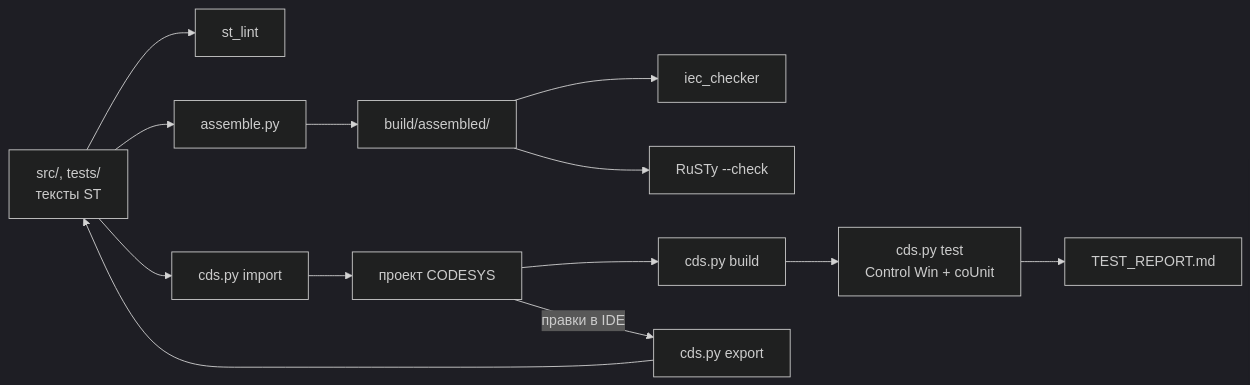
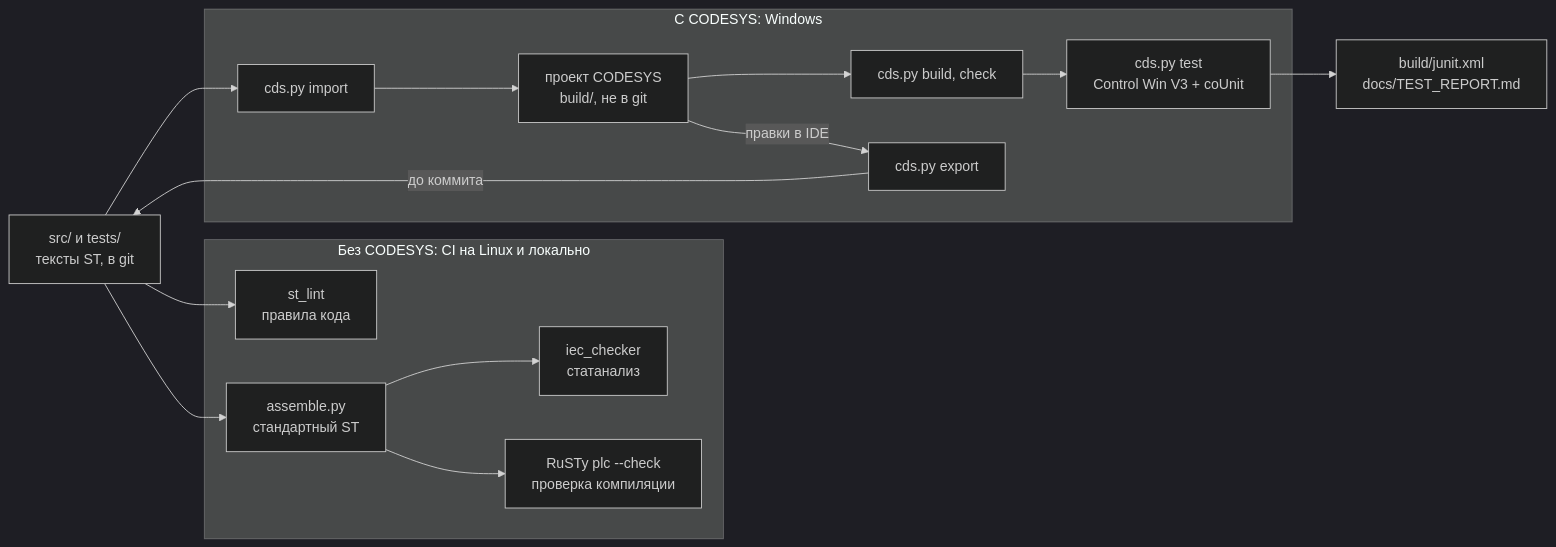
One commit to kr0nsch/plc-repo-template changed the diagram in README.md. Above: the diagram before and after it, drawn with Mermaid (dark theme). The commit also changed other lines of this file and 8 other files, not shown here.

````diff
--- a/README.md
+++ b/README.md
@@ -57,10 +327,23 @@
 ```mermaid
 flowchart LR
-    src["src/, tests/<br/>тексты ST"] --> lint["st_lint"]
-    src --> asm["assemble.py"] --> built["build/assembled/"]
-    built --> iec["iec_checker"]
-    built --> rusty["RuSTy --check"]
-    src --> imp["cds.py import"] --> proj["проект CODESYS"]
-    proj --> bld["cds.py build"] --> tst["cds.py test<br/>Control Win + coUnit"] --> rep["TEST_REPORT.md"]
-    proj -- "правки в IDE" --> exp["cds.py export"] --> src
+    src["src/ и tests/<br/>тексты ST, в git"]
+    subgraph ci["Без CODESYS: CI на Linux и локально"]
+        lint["st_lint<br/>правила кода"]
+        asm["assemble.py<br/>стандартный ST"]
+        iec["iec_checker<br/>статанализ"]
+        rusty["RuSTy plc --check<br/>проверка компиляции"]
+    end
+    subgraph cds["С CODESYS: Windows"]
+        imp["cds.py import"]
+        proj["проект CODESYS<br/>build/, не в git"]
+        bld["cds.py build, check"]
+        tst["cds.py test<br/>Control Win V3 + coUnit"]
+        exp["cds.py export"]
+    end
+    src --> lint
+    src --> asm
+    asm --> iec
+    asm --> rusty
+    src --> imp --> proj --> bld --> tst --> rep["build/junit.xml<br/>docs/TEST_REPORT.md"]
+    proj -- "правки в IDE" --> exp -- "до коммита" --> src
 ```
````
